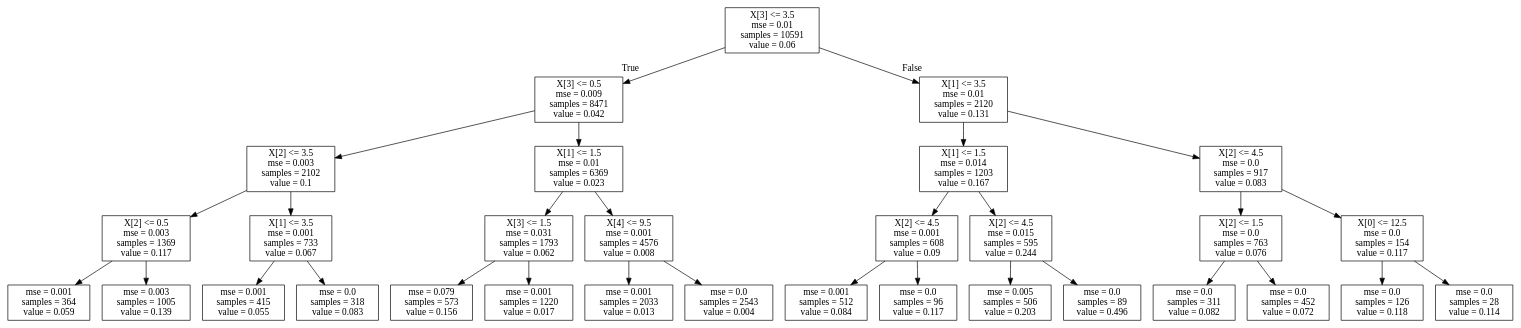
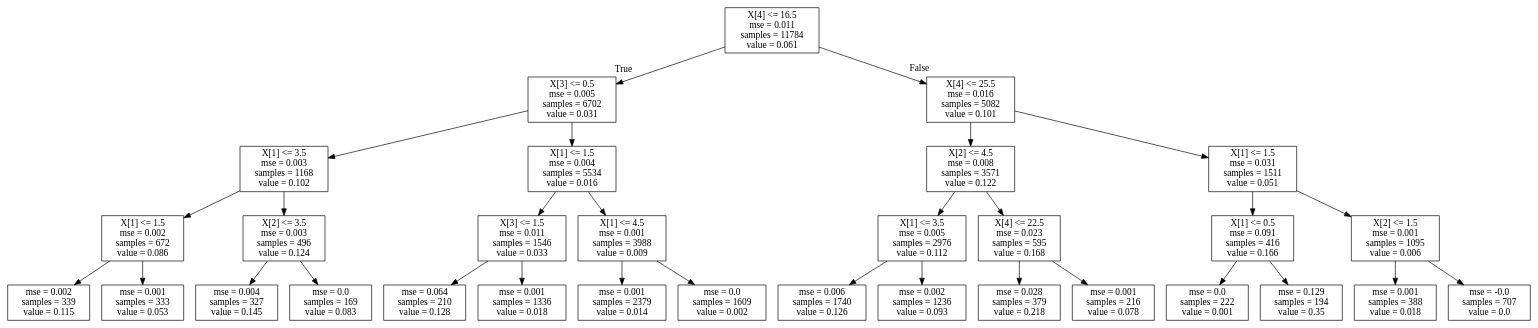
The diagram in tree.dot (AChin1311/Regression-Analysis), drawn with Graphviz before and after one commit. The commit also changed 1 other file, not shown here.

```diff
--- a/tree.dot
+++ b/tree.dot
@@ -1,64 +1,64 @@
 digraph Tree {
 node [shape=box] ;
-0 [label="X[3] <= 3.5\nmse = 0.01\nsamples = 10591\nvalue = 0.06"] ;
-1 [label="X[3] <= 0.5\nmse = 0.009\nsamples = 8471\nvalue = 0.042"] ;
+0 [label="X[4] <= 16.5\nmse = 0.011\nsamples = 11784\nvalue = 0.061"] ;
+1 [label="X[3] <= 0.5\nmse = 0.005\nsamples = 6702\nvalue = 0.031"] ;
 0 -> 1 [labeldistance=2.5, labelangle=45, headlabel="True"] ;
-2 [label="X[2] <= 3.5\nmse = 0.003\nsamples = 2102\nvalue = 0.1"] ;
+2 [label="X[1] <= 3.5\nmse = 0.003\nsamples = 1168\nvalue = 0.102"] ;
 1 -> 2 ;
-3 [label="X[2] <= 0.5\nmse = 0.003\nsamples = 1369\nvalue = 0.117"] ;
+3 [label="X[1] <= 1.5\nmse = 0.002\nsamples = 672\nvalue = 0.086"] ;
 2 -> 3 ;
-4 [label="mse = 0.001\nsamples = 364\nvalue = 0.059"] ;
+4 [label="mse = 0.002\nsamples = 339\nvalue = 0.115"] ;
 3 -> 4 ;
-5 [label="mse = 0.003\nsamples = 1005\nvalue = 0.139"] ;
+5 [label="mse = 0.001\nsamples = 333\nvalue = 0.053"] ;
 3 -> 5 ;
-6 [label="X[1] <= 3.5\nmse = 0.001\nsamples = 733\nvalue = 0.067"] ;
+6 [label="X[2] <= 3.5\nmse = 0.003\nsamples = 496\nvalue = 0.124"] ;
 2 -> 6 ;
-7 [label="mse = 0.001\nsamples = 415\nvalue = 0.055"] ;
+7 [label="mse = 0.004\nsamples = 327\nvalue = 0.145"] ;
 6 -> 7 ;
-8 [label="mse = 0.0\nsamples = 318\nvalue = 0.083"] ;
+8 [label="mse = 0.0\nsamples = 169\nvalue = 0.083"] ;
 6 -> 8 ;
-9 [label="X[1] <= 1.5\nmse = 0.01\nsamples = 6369\nvalue = 0.023"] ;
+9 [label="X[1] <= 1.5\nmse = 0.004\nsamples = 5534\nvalue = 0.016"] ;
 1 -> 9 ;
-10 [label="X[3] <= 1.5\nmse = 0.031\nsamples = 1793\nvalue = 0.062"] ;
+10 [label="X[3] <= 1.5\nmse = 0.011\nsamples = 1546\nvalue = 0.033"] ;
 9 -> 10 ;
-11 [label="mse = 0.079\nsamples = 573\nvalue = 0.156"] ;
+11 [label="mse = 0.064\nsamples = 210\nvalue = 0.128"] ;
 10 -> 11 ;
-12 [label="mse = 0.001\nsamples = 1220\nvalue = 0.017"] ;
+12 [label="mse = 0.001\nsamples = 1336\nvalue = 0.018"] ;
 10 -> 12 ;
-13 [label="X[4] <= 9.5\nmse = 0.001\nsamples = 4576\nvalue = 0.008"] ;
+13 [label="X[1] <= 4.5\nmse = 0.001\nsamples = 3988\nvalue = 0.009"] ;
 9 -> 13 ;
-14 [label="mse = 0.001\nsamples = 2033\nvalue = 0.013"] ;
+14 [label="mse = 0.001\nsamples = 2379\nvalue = 0.014"] ;
 13 -> 14 ;
-15 [label="mse = 0.0\nsamples = 2543\nvalue = 0.004"] ;
+15 [label="mse = 0.0\nsamples = 1609\nvalue = 0.002"] ;
 13 -> 15 ;
-16 [label="X[1] <= 3.5\nmse = 0.01\nsamples = 2120\nvalue = 0.131"] ;
+16 [label="X[4] <= 25.5\nmse = 0.016\nsamples = 5082\nvalue = 0.101"] ;
 0 -> 16 [labeldistance=2.5, labelangle=-45, headlabel="False"] ;
-17 [label="X[1] <= 1.5\nmse = 0.014\nsamples = 1203\nvalue = 0.167"] ;
+17 [label="X[2] <= 4.5\nmse = 0.008\nsamples = 3571\nvalue = 0.122"] ;
 16 -> 17 ;
-18 [label="X[2] <= 4.5\nmse = 0.001\nsamples = 608\nvalue = 0.09"] ;
+18 [label="X[1] <= 3.5\nmse = 0.005\nsamples = 2976\nvalue = 0.112"] ;
 17 -> 18 ;
-19 [label="mse = 0.001\nsamples = 512\nvalue = 0.084"] ;
+19 [label="mse = 0.006\nsamples = 1740\nvalue = 0.126"] ;
 18 -> 19 ;
-20 [label="mse = 0.0\nsamples = 96\nvalue = 0.117"] ;
+20 [label="mse = 0.002\nsamples = 1236\nvalue = 0.093"] ;
 18 -> 20 ;
-21 [label="X[2] <= 4.5\nmse = 0.015\nsamples = 595\nvalue = 0.244"] ;
+21 [label="X[4] <= 22.5\nmse = 0.023\nsamples = 595\nvalue = 0.168"] ;
 17 -> 21 ;
-22 [label="mse = 0.005\nsamples = 506\nvalue = 0.203"] ;
+22 [label="mse = 0.028\nsamples = 379\nvalue = 0.218"] ;
 21 -> 22 ;
-23 [label="mse = 0.0\nsamples = 89\nvalue = 0.496"] ;
+23 [label="mse = 0.001\nsamples = 216\nvalue = 0.078"] ;
 21 -> 23 ;
-24 [label="X[2] <= 4.5\nmse = 0.0\nsamples = 917\nvalue = 0.083"] ;
+24 [label="X[1] <= 1.5\nmse = 0.031\nsamples = 1511\nvalue = 0.051"] ;
 16 -> 24 ;
-25 [label="X[2] <= 1.5\nmse = 0.0\nsamples = 763\nvalue = 0.076"] ;
+25 [label="X[1] <= 0.5\nmse = 0.091\nsamples = 416\nvalue = 0.166"] ;
 24 -> 25 ;
-26 [label="mse = 0.0\nsamples = 311\nvalue = 0.082"] ;
+26 [label="mse = 0.0\nsamples = 222\nvalue = 0.001"] ;
 25 -> 26 ;
-27 [label="mse = 0.0\nsamples = 452\nvalue = 0.072"] ;
+27 [label="mse = 0.129\nsamples = 194\nvalue = 0.35"] ;
 25 -> 27 ;
-28 [label="X[0] <= 12.5\nmse = 0.0\nsamples = 154\nvalue = 0.117"] ;
+28 [label="X[2] <= 1.5\nmse = 0.001\nsamples = 1095\nvalue = 0.006"] ;
 24 -> 28 ;
-29 [label="mse = 0.0\nsamples = 126\nvalue = 0.118"] ;
+29 [label="mse = 0.001\nsamples = 388\nvalue = 0.018"] ;
 28 -> 29 ;
-30 [label="mse = 0.0\nsamples = 28\nvalue = 0.114"] ;
+30 [label="mse = -0.0\nsamples = 707\nvalue = 0.0"] ;
 28 -> 30 ;
 }
```
